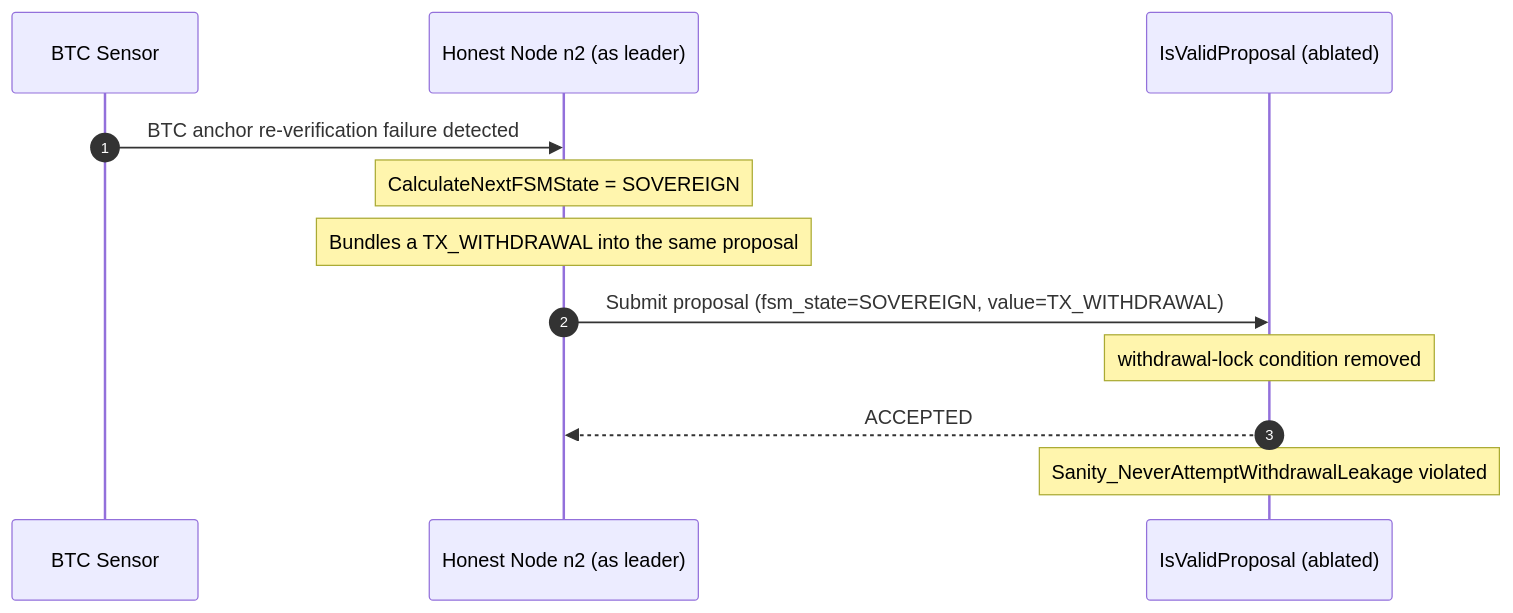
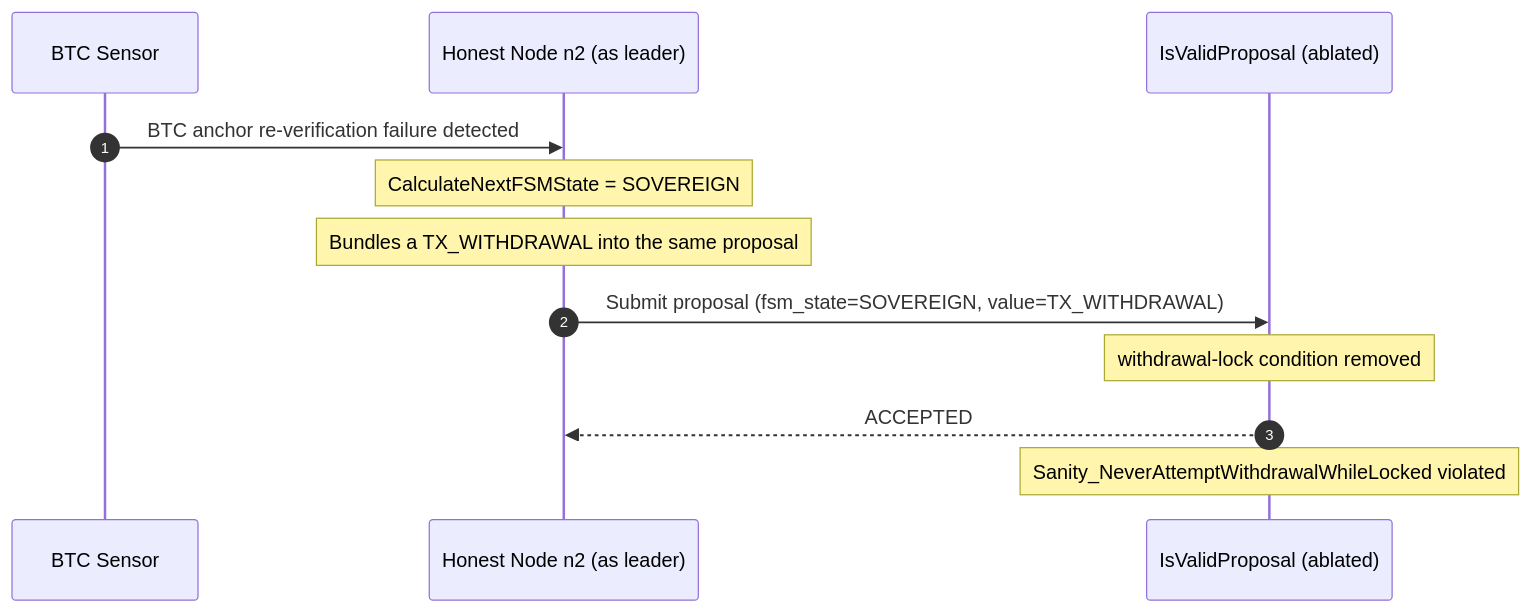
Before and after one commit to cuongct924/engram-sovereign-fsm: the fourth of 9 diagrams in spec/README.md, drawn with Mermaid. The commit also changed other lines of this file and 9 other files, not shown here.

Commit message:
refactor(spec,paper): rename Sanity_NeverAttemptWithdrawalLeakage to ...WithdrawalWhileLocked (the invariant checks a proposal, not an asset loss)

````diff
--- a/spec/README.md
+++ b/spec/README.md
@@ -994,15 +994,15 @@
 ```mermaid
 sequenceDiagram
     autonumber
     participant S as BTC Sensor
     participant N as Honest Node n2 (as leader)
     participant F as IsValidProposal (ablated)
 
     S->>N: BTC anchor re-verification failure detected
     Note over N: CalculateNextFSMState = SOVEREIGN
     Note over N: Bundles a TX_WITHDRAWAL into the same proposal
     N->>F: Submit proposal (fsm_state=SOVEREIGN, value=TX_WITHDRAWAL)
     Note over F: withdrawal-lock condition removed
     F-->>N: ACCEPTED
-    Note over F: Sanity_NeverAttemptWithdrawalLeakage violated
+    Note over F: Sanity_NeverAttemptWithdrawalWhileLocked violated
 ```
````
